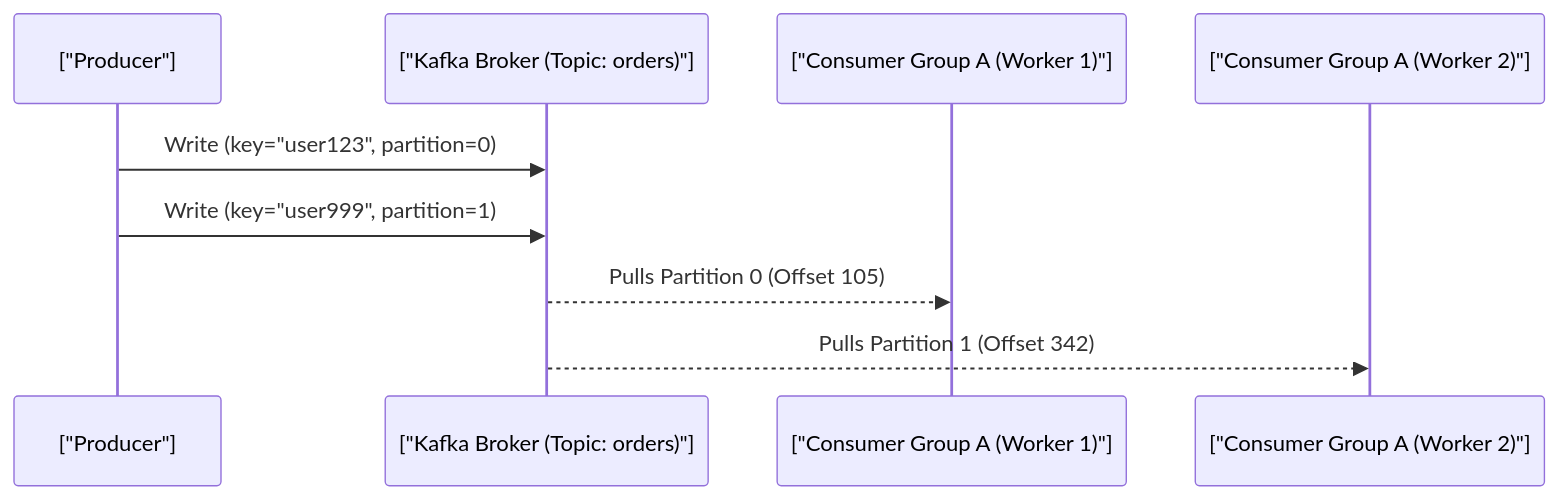
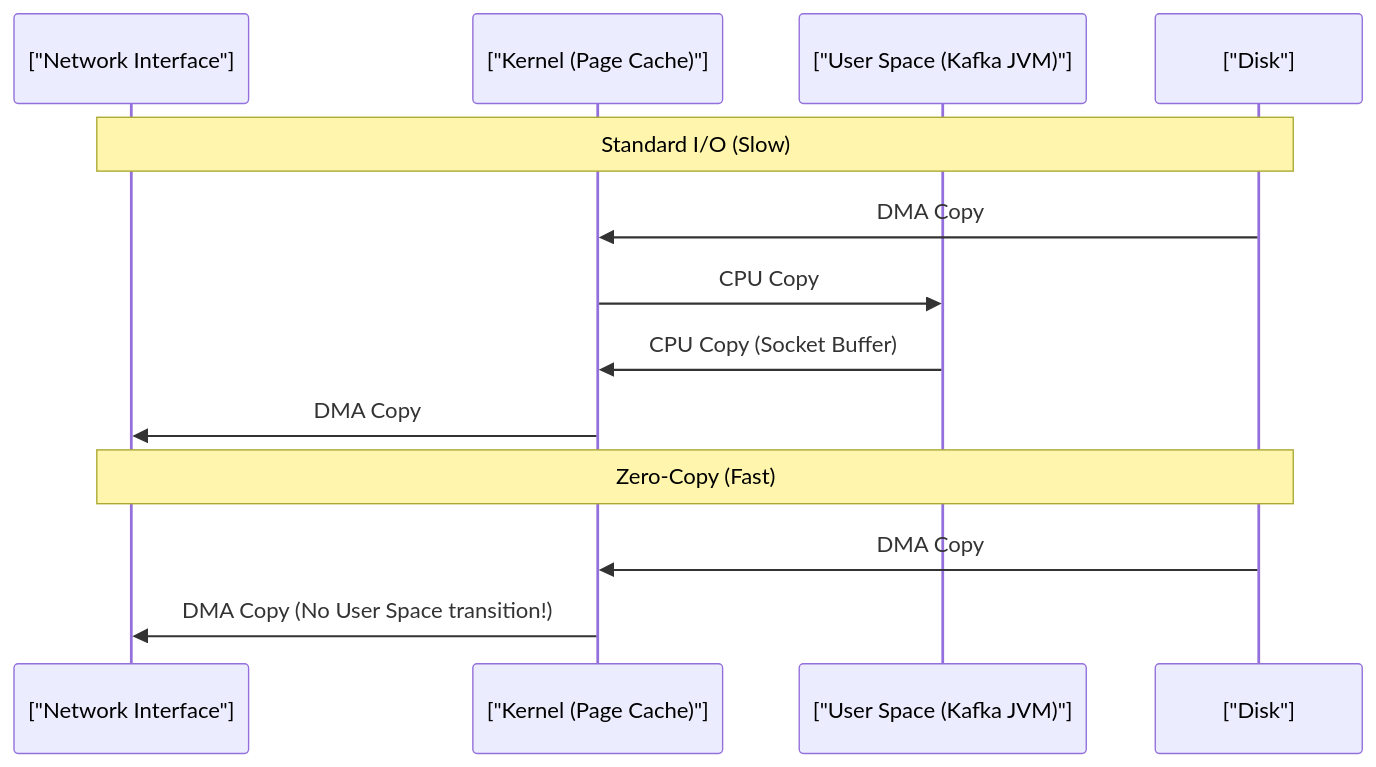
Before and after one commit to fazleyrabby/backend-engineering-mastery: the diagram in system-design/03_distributed_systems_cap_kafka.md, drawn with Mermaid. The commit also changed other lines of this file and 15 other files, not shown here.

````diff
--- a/system-design/03_distributed_systems_cap_kafka.md
+++ b/system-design/03_distributed_systems_cap_kafka.md
@@ -30,12 +32,17 @@
 ```mermaid
 sequenceDiagram
-    participant P as ["Producer"]
-    participant K as ["Kafka Broker (Topic: orders)"]
-    participant C1 as ["Consumer Group A (Worker 1)"]
-    participant C2 as ["Consumer Group A (Worker 2)"]
+    participant NIC as ["Network Interface"]
+    participant K as ["Kernel (Page Cache)"]
+    participant U as ["User Space (Kafka JVM)"]
+    participant D as ["Disk"]
     
-    P->>K: Write (key="user123", partition=0)
-    P->>K: Write (key="user999", partition=1)
-    K-->>C1: Pulls Partition 0 (Offset 105)
-    K-->>C2: Pulls Partition 1 (Offset 342)
+    note over NIC, D: Standard I/O (Slow)
+    D->>K: DMA Copy
+    K->>U: CPU Copy
+    U->>K: CPU Copy (Socket Buffer)
+    K->>NIC: DMA Copy
+    
+    note over NIC, D: Zero-Copy (Fast)
+    D->>K: DMA Copy
+    K->>NIC: DMA Copy (No User Space transition!)
 ```
````
